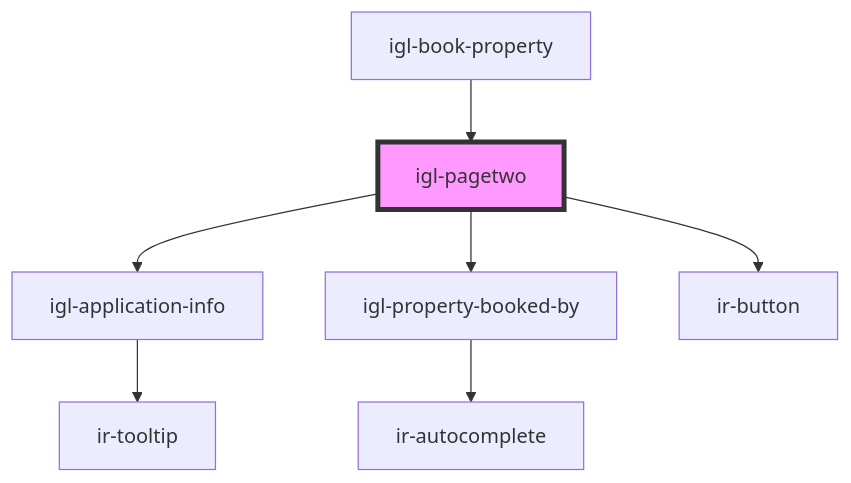
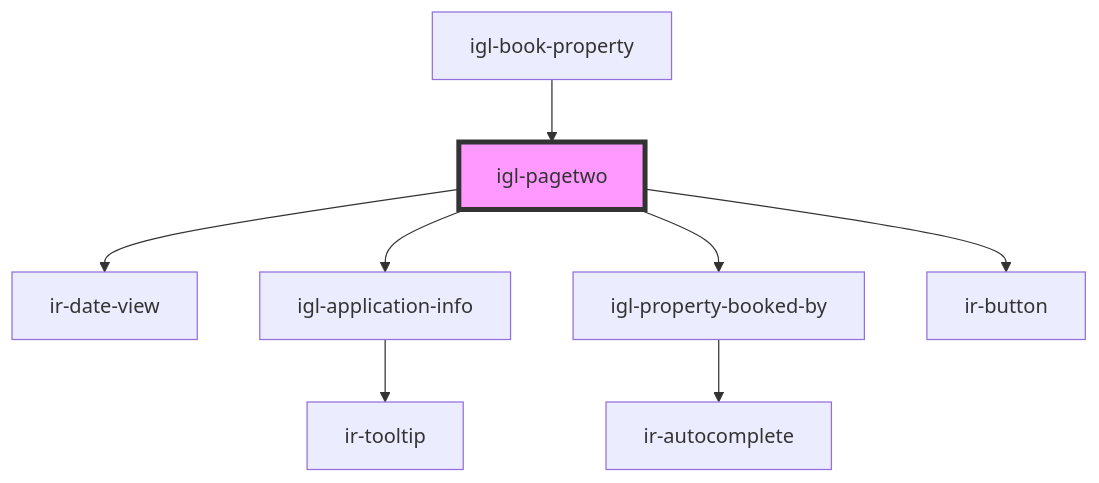
One commit to David1Chowaifaty/modified-ir-webcmp changed the diagram in src/components/igloo-calendar/igl-pagetwo/readme.md. Above: the diagram before and after it, drawn with Mermaid. The commit also changed other lines of this file and 47 other files, not shown here.

````diff
--- a/src/components/igloo-calendar/igl-pagetwo/readme.md
+++ b/src/components/igloo-calendar/igl-pagetwo/readme.md
@@ -50,10 +51,11 @@
 ```mermaid
 graph TD;
+  igl-pagetwo --> ir-date-view
   igl-pagetwo --> igl-application-info
   igl-pagetwo --> igl-property-booked-by
   igl-pagetwo --> ir-button
   igl-application-info --> ir-tooltip
   igl-property-booked-by --> ir-autocomplete
   igl-book-property --> igl-pagetwo
   style igl-pagetwo fill:#f9f,stroke:#333,stroke-width:4px
 ```
````
